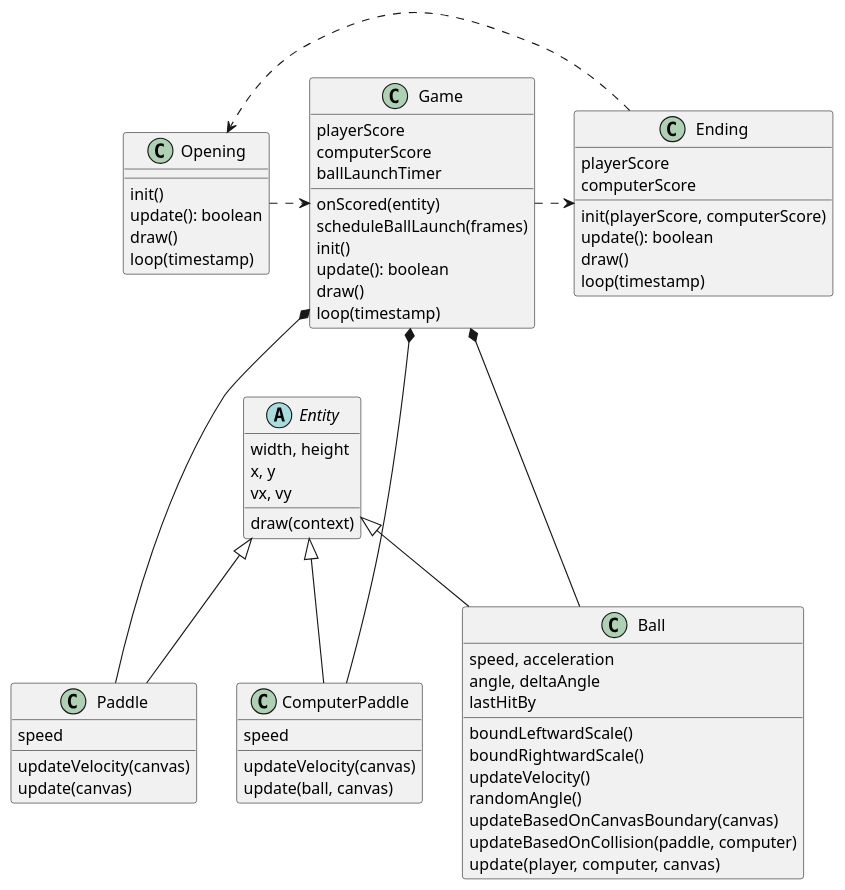
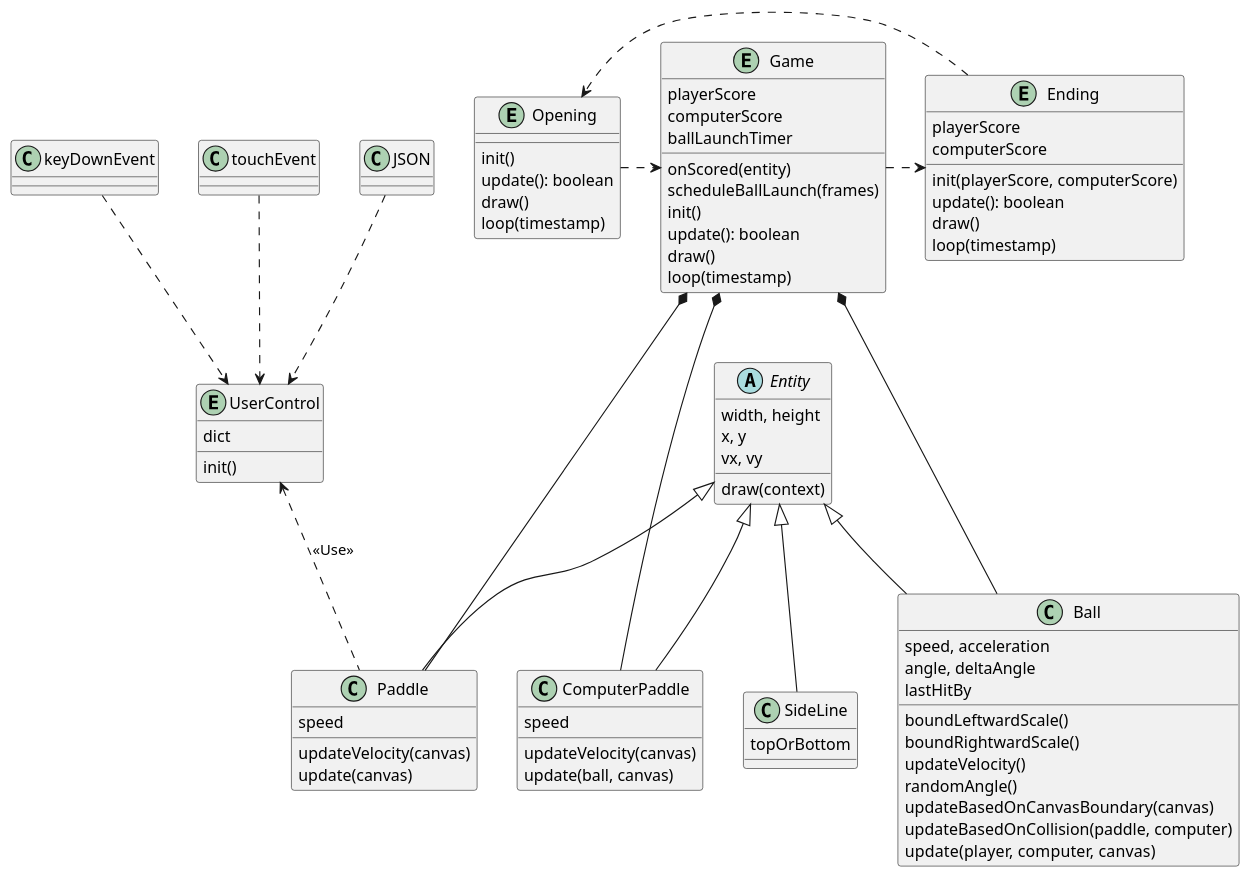
The diagram in document/uml/class.plantuml (uztbt/pong), drawn with PlantUML before and after one commit. The commit also changed 9 other files, not shown here.

Commit message:
Make UserControl class

```diff
--- a/document/uml/class.plantuml
+++ b/document/uml/class.plantuml
@@ -1,95 +1,109 @@
 @startuml
 
 ' class index {
 '   userInput
 ' }
 
 ' note bottom of index
 ' Connected to
 ' window.addEventListener()
 ' end note
 
 ' class config {
 
 ' }
 
 ' enum Players {
 '   PLAYER
 '   COMPUTER
 ' }
 
+Entity UserControl {
+  dict
+  init()
+}
 
-class Opening {
+entity Opening {
   init()
   update(): boolean
   draw()
   loop(timestamp)
 }
 
-class Game {
+entity Game {
   playerScore
   computerScore
   ballLaunchTimer
   onScored(entity)
   scheduleBallLaunch(frames)
   init()
   update(): boolean
   draw()
   loop(timestamp)
 }
 
 class Paddle {
   speed
   updateVelocity(canvas)
   update(canvas)
 }
 
 class ComputerPaddle {
   speed
   updateVelocity(canvas)
   update(ball, canvas)
 }
 
 class Ball {
   speed, acceleration
   angle, deltaAngle
   lastHitBy
   boundLeftwardScale()
   boundRightwardScale()
   updateVelocity()
   randomAngle()
   ' flipHorizontally()
   ' boundByCollision(paddle)
   updateBasedOnCanvasBoundary(canvas)
   updateBasedOnCollision(paddle, computer)
   update(player, computer, canvas)
 }
 
-class Ending {
+class SideLine {
+  topOrBottom
+}
+
+entity Ending {
   playerScore
   computerScore
   init(playerScore, computerScore)
   update(): boolean
   draw()
   loop(timestamp)
 }
 
 abstract Entity {
   width, height
   x, y
   vx, vy
   draw(context)
 }
 
 Opening .> Game
 Game .> Ending
 Ending .> Opening
 
 Game *--- Paddle
 Game *--- ComputerPaddle
 Game *--- Ball
 
 Entity <|-- Paddle
 Entity <|-- ComputerPaddle
+Entity <|-- SideLine
 Entity <|-- Ball
+
+UserControl <.. Paddle: <<Use>>
+JSON ..> UserControl 
+keyDownEvent ..> UserControl
+touchEvent ..> UserControl
 @enduml
```
